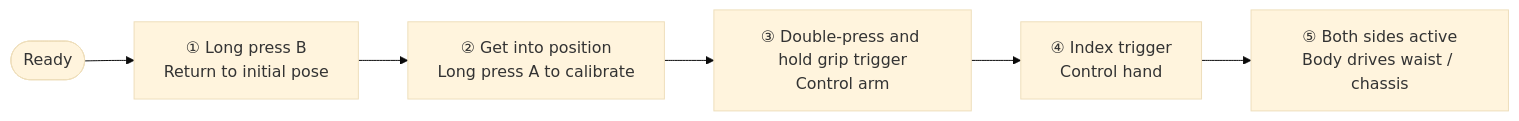
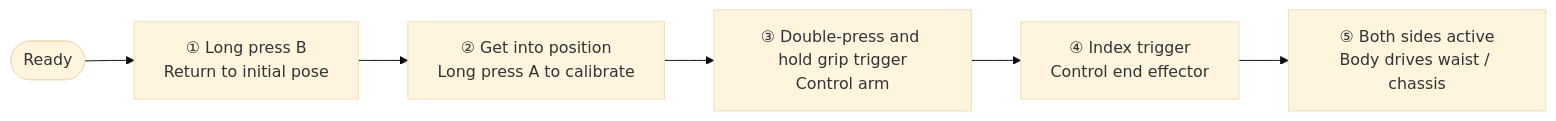
Before and after one commit to AgilexOpensource/lookie_ros: the second of 3 diagrams in lookie_teleop/docs/vr_teleop_quickstart.md, drawn with Mermaid (base theme). The commit also changed other lines of this file and 11 other files, not shown here.

````diff
--- a/lookie_teleop/docs/vr_teleop_quickstart.md
+++ b/lookie_teleop/docs/vr_teleop_quickstart.md
@@ -85,8 +81,8 @@
 ```mermaid
 flowchart LR
     S(["Ready"]) --> B1["① Long press B<br/>Return to initial pose"]
     B1 --> A1["② Get into position<br/>Long press A to calibrate"]
     A1 --> G["③ Double-press and hold grip trigger<br/>Control arm"]
-    G --> T["④ Index trigger<br/>Control hand"]
+    G --> T["④ Index trigger<br/>Control end effector"]
     T --> W["⑤ Both sides active<br/>Body drives waist / chassis"]
 ```
````
